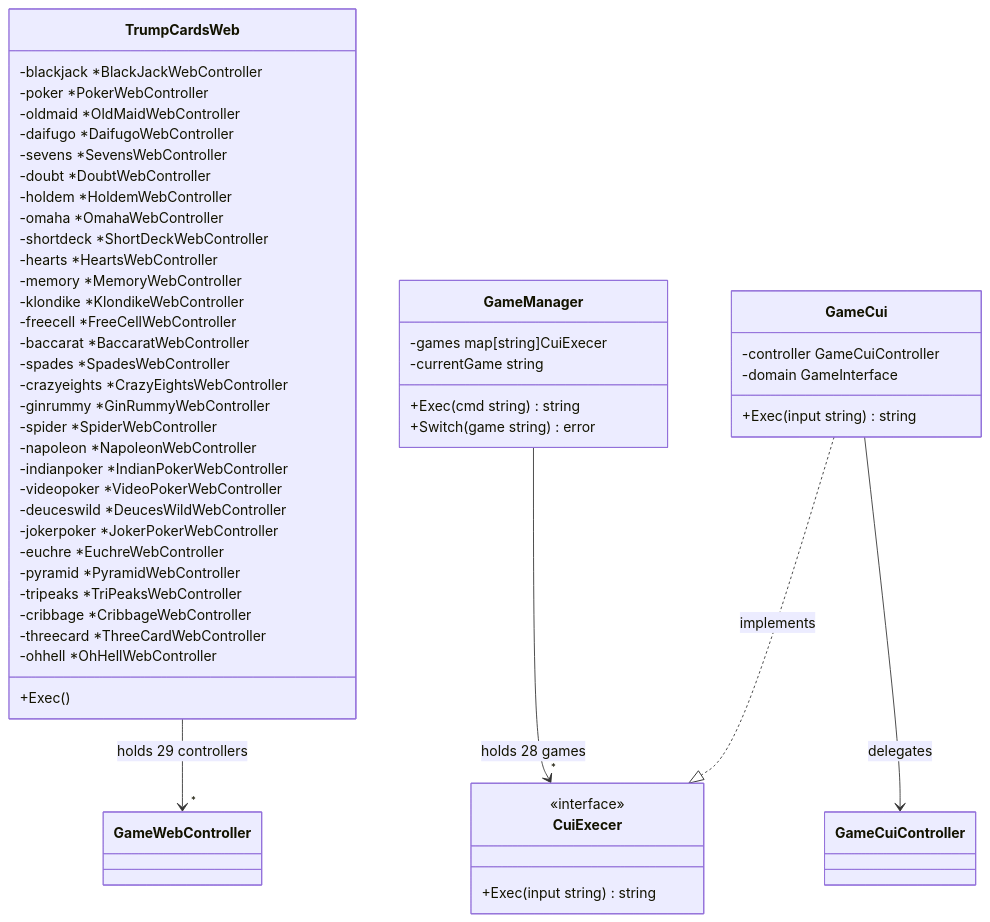
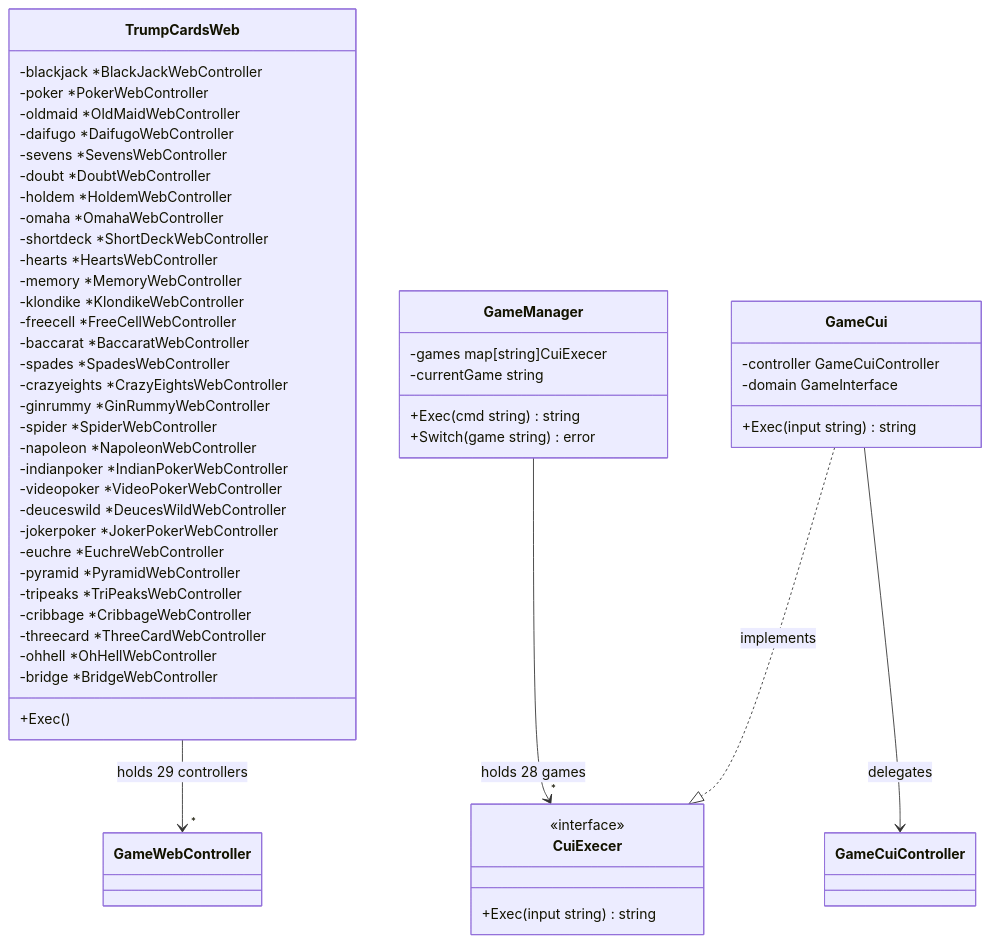
Diagram 11 of 37 in docs/design/backend.md (yuta-yoshinaga/go_trumpcards), drawn with Mermaid before and after one commit. The commit also changed other lines of this file and 52 other files, not shown here.

````diff
--- a/docs/design/backend.md
+++ b/docs/design/backend.md
@@ -898,58 +929,59 @@
 ```mermaid
 classDiagram
     class TrumpCardsWeb {
         -blackjack *BlackJackWebController
         -poker *PokerWebController
         -oldmaid *OldMaidWebController
         -daifugo *DaifugoWebController
         -sevens *SevensWebController
         -doubt *DoubtWebController
         -holdem *HoldemWebController
         -omaha *OmahaWebController
         -shortdeck *ShortDeckWebController
         -hearts *HeartsWebController
         -memory *MemoryWebController
         -klondike *KlondikeWebController
         -freecell *FreeCellWebController
         -baccarat *BaccaratWebController
         -spades *SpadesWebController
         -crazyeights *CrazyEightsWebController
         -ginrummy *GinRummyWebController
         -spider *SpiderWebController
         -napoleon *NapoleonWebController
         -indianpoker *IndianPokerWebController
         -videopoker *VideoPokerWebController
         -deuceswild *DeucesWildWebController
         -jokerpoker *JokerPokerWebController
         -euchre *EuchreWebController
         -pyramid *PyramidWebController
         -tripeaks *TriPeaksWebController
         -cribbage *CribbageWebController
         -threecard *ThreeCardWebController
         -ohhell *OhHellWebController
+        -bridge *BridgeWebController
         +Exec()
     }
 
     class GameManager {
         -games map[string]CuiExecer
         -currentGame string
         +Exec(cmd string) string
         +Switch(game string) error
     }
 
     class CuiExecer {
         <<interface>>
         +Exec(input string) string
     }
 
     class GameCui {
         -controller GameCuiController
         -domain GameInterface
         +Exec(input string) string
     }
 
     TrumpCardsWeb --> "*" GameWebController : holds 29 controllers
     GameManager --> "*" CuiExecer : holds 28 games
     GameCui ..|> CuiExecer : implements
     GameCui --> GameCuiController : delegates
 ```
````
